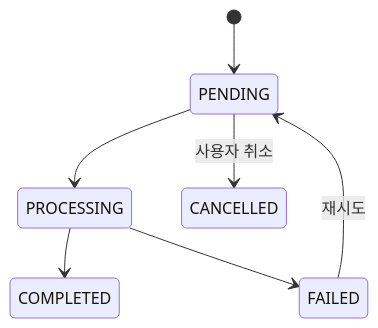
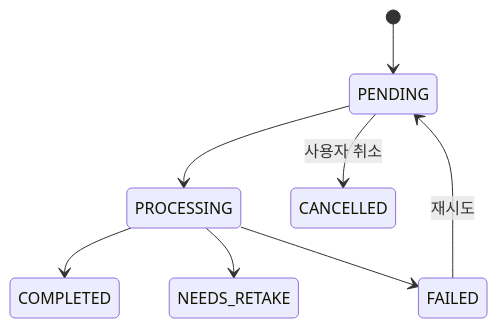
One commit to YuEngMe/Leafie changed the fifth of 5 diagrams in docs/architecture.md. Above: the diagram before and after it, drawn with Mermaid. The commit also changed other lines of this file and 3 other files, not shown here.

````diff
--- a/docs/architecture.md
+++ b/docs/architecture.md
@@ -270,9 +327,10 @@
 ```mermaid
 stateDiagram-v2
     [*] --> PENDING
     PENDING --> PROCESSING
     PROCESSING --> COMPLETED
+    PROCESSING --> NEEDS_RETAKE
     PROCESSING --> FAILED
     FAILED --> PENDING: 재시도
     PENDING --> CANCELLED: 사용자 취소
 ```
````
